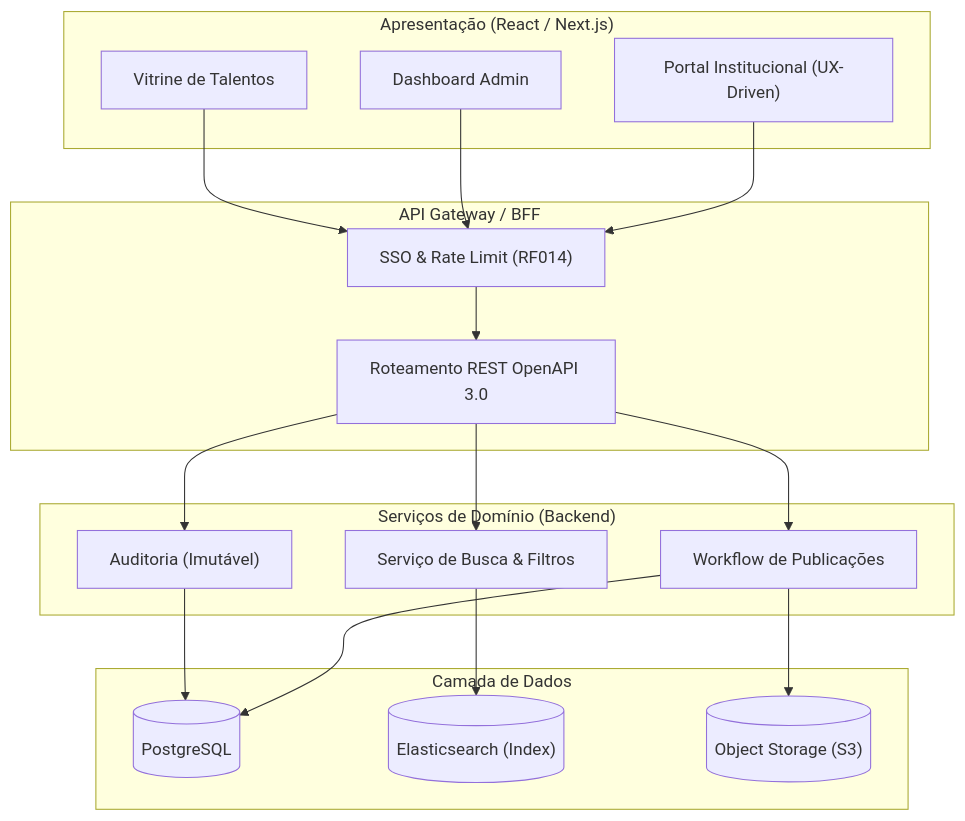
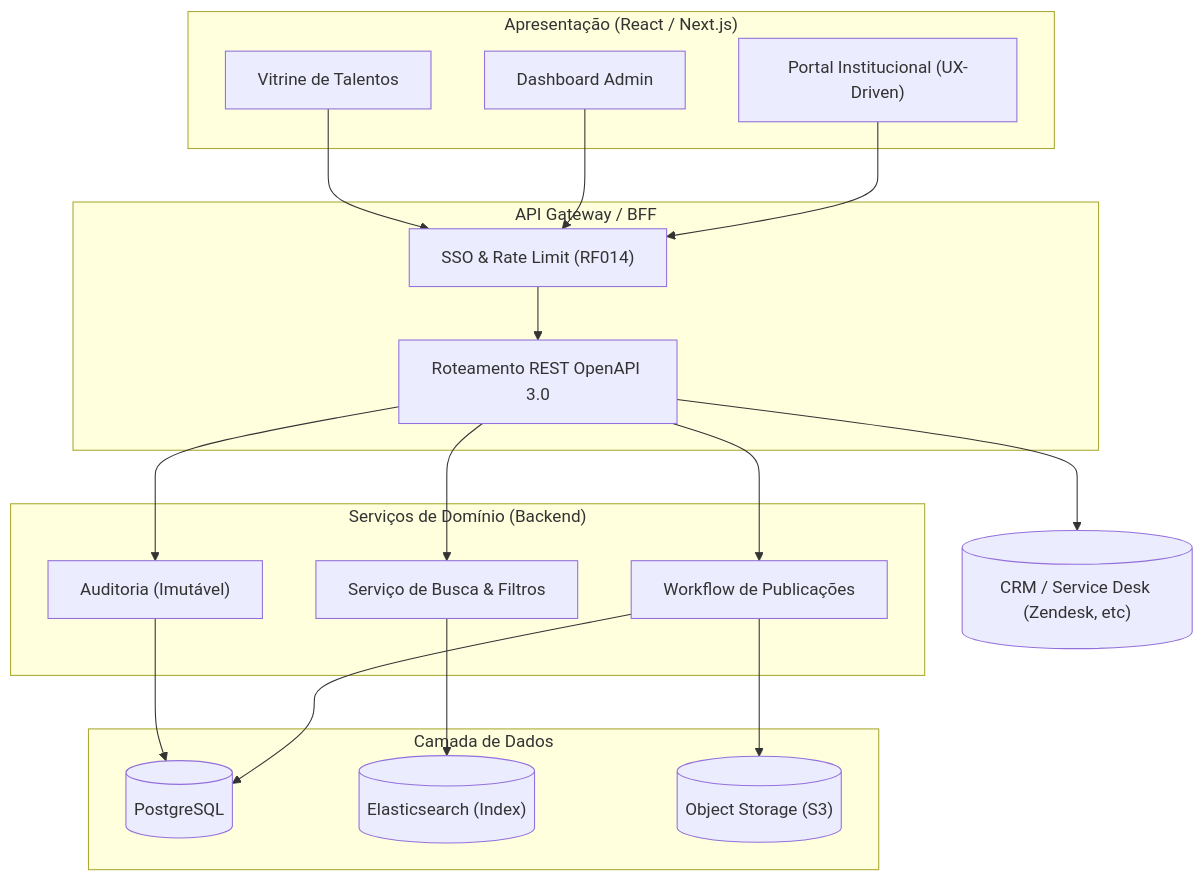
One commit to gabrielfranca42/DOC changed the fifth of 7 diagrams in projeto_navi_arquitetura.md. Above: the diagram before and after it, drawn with Mermaid. The commit also changed other lines of this file, not shown here.

Commit message:
DOC(navi): ajustes em diagrams e libs que ficou faltando

````diff
--- a/projeto_navi_arquitetura.md
+++ b/projeto_navi_arquitetura.md
@@ -350,38 +372,41 @@
 ```mermaid
 graph TD
     subgraph Frontend ["Apresentação (React / Next.js)"]
         Portal["Portal Institucional (UX-Driven)"]
         Dashboard["Dashboard Admin"]
         Vitrine["Vitrine de Talentos"]
     end
 
     subgraph API_Gateway ["API Gateway / BFF"]
         Auth["SSO & Rate Limit (RF014)"]
         Router["Roteamento REST OpenAPI 3.0"]
     end
+    
+    CRM_ServiceDesk[("CRM / Service Desk (Zendesk, etc)")]
 
     subgraph Backend_Services ["Serviços de Domínio (Backend)"]
         WorkflowService["Workflow de Publicações"]
         SearchService["Serviço de Busca & Filtros"]
         LogService["Auditoria (Imutável)"]
     end
 
     subgraph Data_Layer ["Camada de Dados"]
         SQL[("PostgreSQL")]
         NoSQL[("Elasticsearch (Index)")]
         Storage[("Object Storage (S3)")]
     end
 
     Portal --> Auth
     Dashboard --> Auth
     Vitrine --> Auth
     Auth --> Router
     Router --> WorkflowService
     Router --> SearchService
     Router --> LogService
+    Router --> CRM_ServiceDesk
 
     WorkflowService --> SQL
     WorkflowService --> Storage
     SearchService --> NoSQL
     LogService --> SQL
 ```
````
